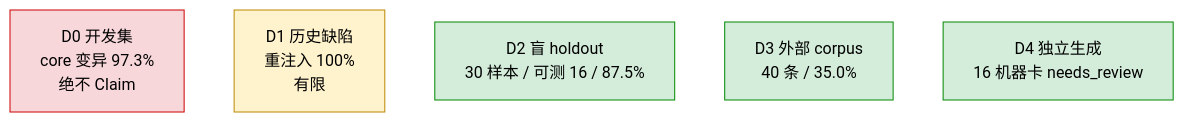
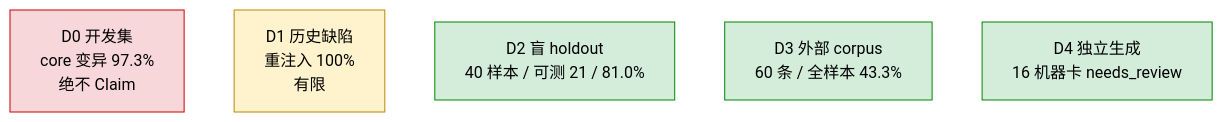
The second of 4 diagrams in research/paper_v0.9.md (LiaoRanran/CPP-Bible), drawn with Mermaid before and after one commit. The commit also changed other lines of this file and 13 other files, not shown here.

````diff
--- a/research/paper_v0.9.md
+++ b/research/paper_v0.9.md
@@ -199,11 +244,11 @@
 ```mermaid
 flowchart TD
     D0["D0 开发集<br/>core 变异 97.3%<br/>绝不 Claim"]:::red
     D1["D1 历史缺陷<br/>重注入 100%<br/>有限"]:::yellow
-    D2["D2 盲 holdout<br/>30 样本 / 可测 16 / 87.5%"]:::green
-    D3["D3 外部 corpus<br/>40 条 / 35.0%"]:::green
+    D2["D2 盲 holdout<br/>40 样本 / 可测 21 / 81.0%"]:::green
+    D3["D3 外部 corpus<br/>60 条 / 全样本 43.3%"]:::green
     D4["D4 独立生成<br/>16 机器卡 needs_review"]:::green
     classDef red fill:#f8d7da,stroke:#c00,color:#000
     classDef yellow fill:#fff3cd,stroke:#b80,color:#000
     classDef green fill:#d4edda,stroke:#080,color:#000
 ```
````
